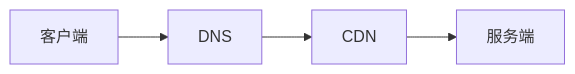
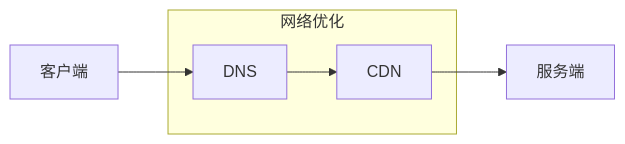
Before and after one commit to namelessmyth/beFreeCoder: the third of 11 diagrams in docs/Architecture/学习笔记-架构设计.md, drawn with Mermaid. The commit also changed other lines of this file and 2 other files, not shown here.

Commit message:
"1. 技术：《亿级流量多级缓存分布式课程》复习与整理：客户端优化， 加载优化，懒加载，预加载，客户端数据库，动静分离    1. 网络优化：DNS优化，CDN优化 2. 英语：06:30晨读打卡。背单词：60，复习旧词。老友记6"

````diff
--- a/docs/Architecture/学习笔记-架构设计.md
+++ b/docs/Architecture/学习笔记-架构设计.md
@@ -1418,4 +1431,8 @@
 ```mermaid
 flowchart LR
+subgraph this[网络优化]
+DNS
+CDN
+end
 客户端-->DNS-->CDN-->服务端
 ```
````
